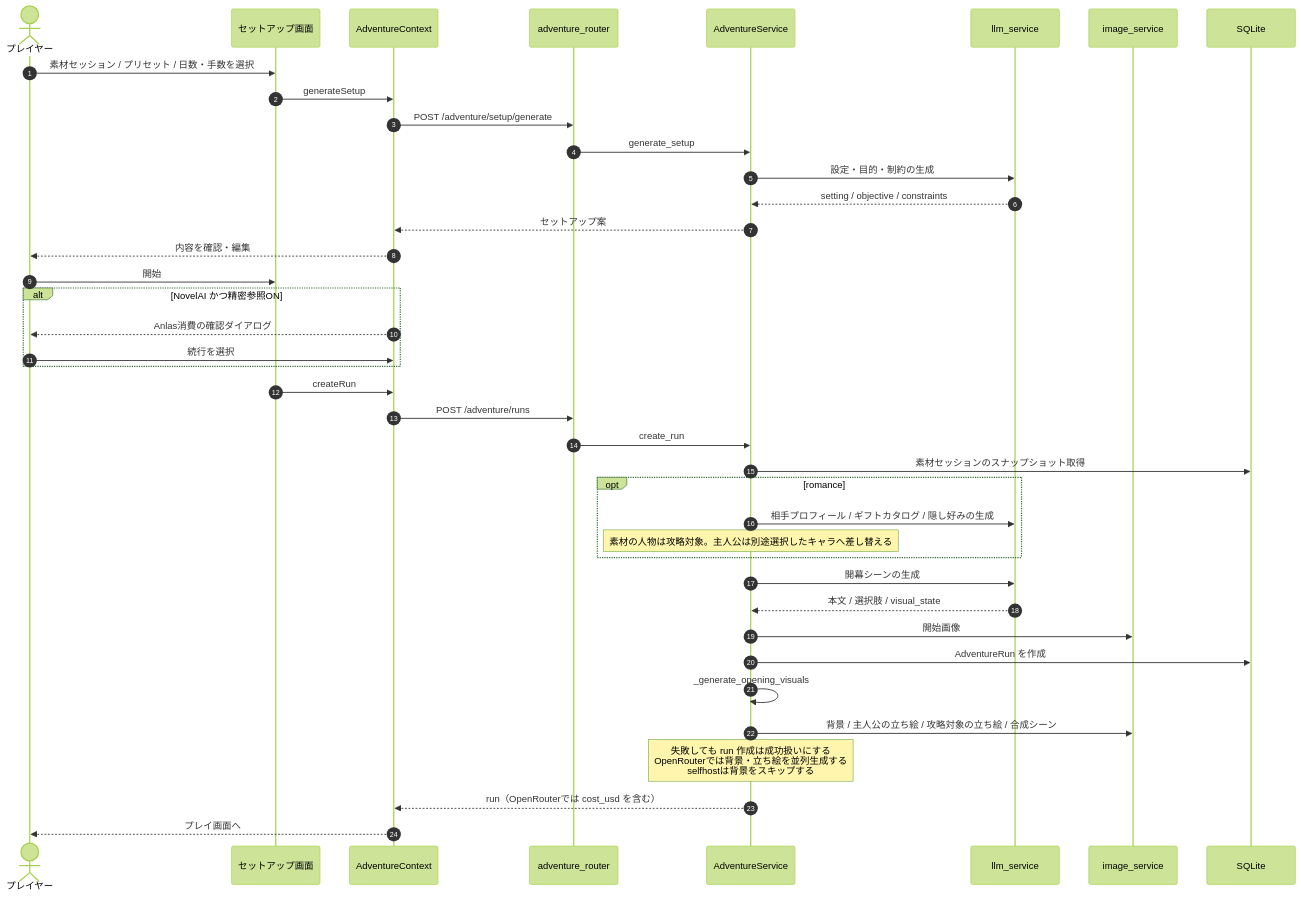
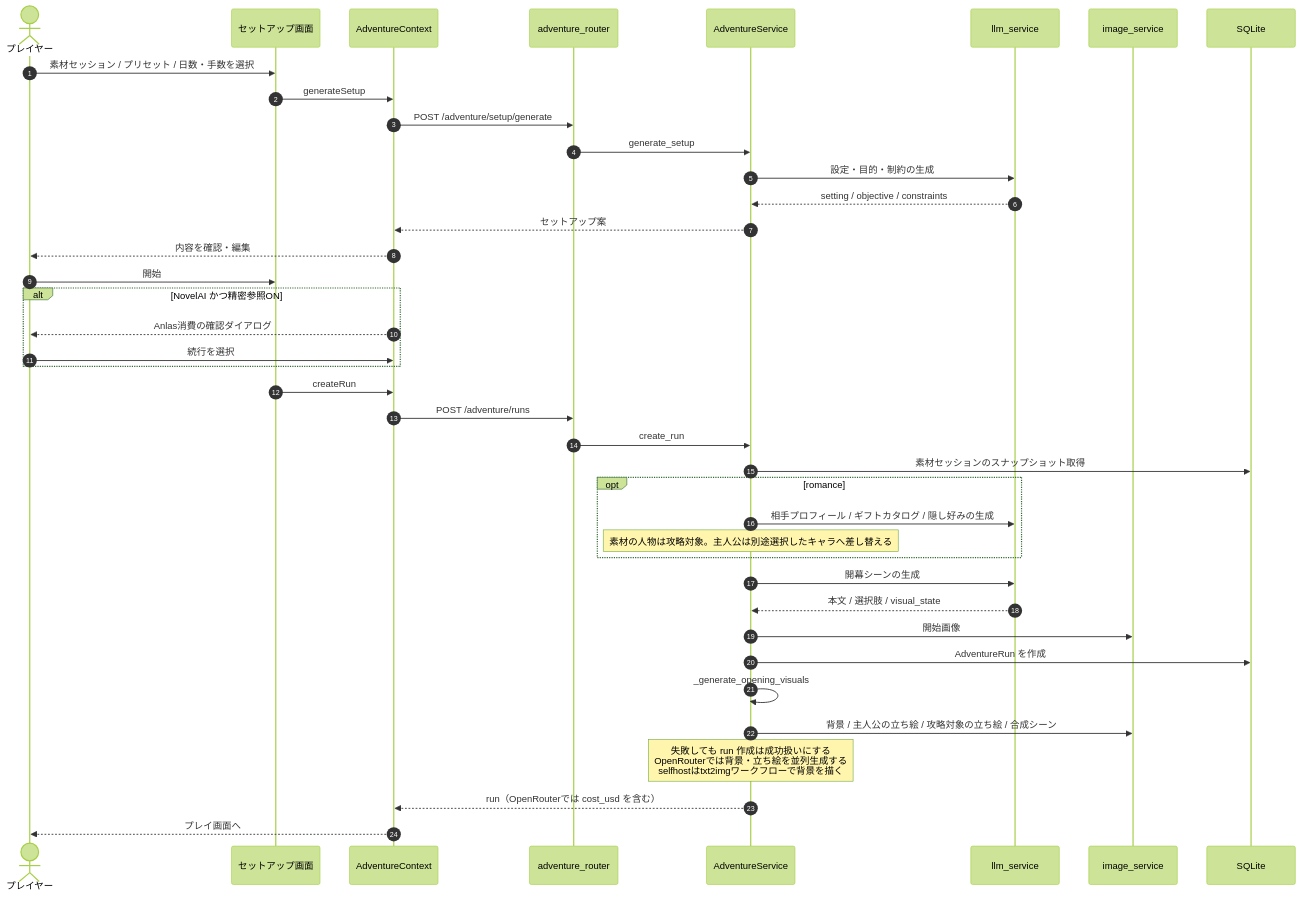
One commit to grind-hash/tsf_closet changed the third of 5 diagrams in docs/adventure-flow.md. Above: the diagram before and after it, drawn with Mermaid (forest theme). The commit also changed other lines of this file and 17 other files, not shown here.

````diff
--- a/docs/adventure-flow.md
+++ b/docs/adventure-flow.md
@@ -193,44 +195,44 @@
 ```mermaid
 sequenceDiagram
     autonumber
     actor U as プレイヤー
     participant S as セットアップ画面
     participant C as AdventureContext
     participant R as adventure_router
     participant SV as AdventureService
     participant L as llm_service
     participant I as image_service
     participant DB as SQLite
 
     U->>S: 素材セッション / プリセット / 日数・手数を選択
     S->>C: generateSetup
     C->>R: POST /adventure/setup/generate
     R->>SV: generate_setup
     SV->>L: 設定・目的・制約の生成
     L-->>SV: setting / objective / constraints
     SV-->>C: セットアップ案
     C-->>U: 内容を確認・編集
 
     U->>S: 開始
     alt NovelAI かつ精密参照ON
         C-->>U: Anlas消費の確認ダイアログ
         U->>C: 続行を選択
     end
     S->>C: createRun
     C->>R: POST /adventure/runs
     R->>SV: create_run
     SV->>DB: 素材セッションのスナップショット取得
     opt romance
         SV->>L: 相手プロフィール / ギフトカタログ / 隠し好みの生成
         Note over SV: 素材の人物は攻略対象。主人公は別途選択したキャラへ差し替える
     end
     SV->>L: 開幕シーンの生成
     L-->>SV: 本文 / 選択肢 / visual_state
     SV->>I: 開始画像
     SV->>DB: AdventureRun を作成
     SV->>SV: _generate_opening_visuals
     SV->>I: 背景 / 主人公の立ち絵 / 攻略対象の立ち絵 / 合成シーン
-    Note over SV: 失敗しても run 作成は成功扱いにする<br/>OpenRouterでは背景・立ち絵を並列生成する<br/>selfhostは背景をスキップする
+    Note over SV: 失敗しても run 作成は成功扱いにする<br/>OpenRouterでは背景・立ち絵を並列生成する<br/>selfhostはtxt2imgワークフローで背景を描く
     SV-->>C: run（OpenRouterでは cost_usd を含む）
     C-->>U: プレイ画面へ
 ```
````
